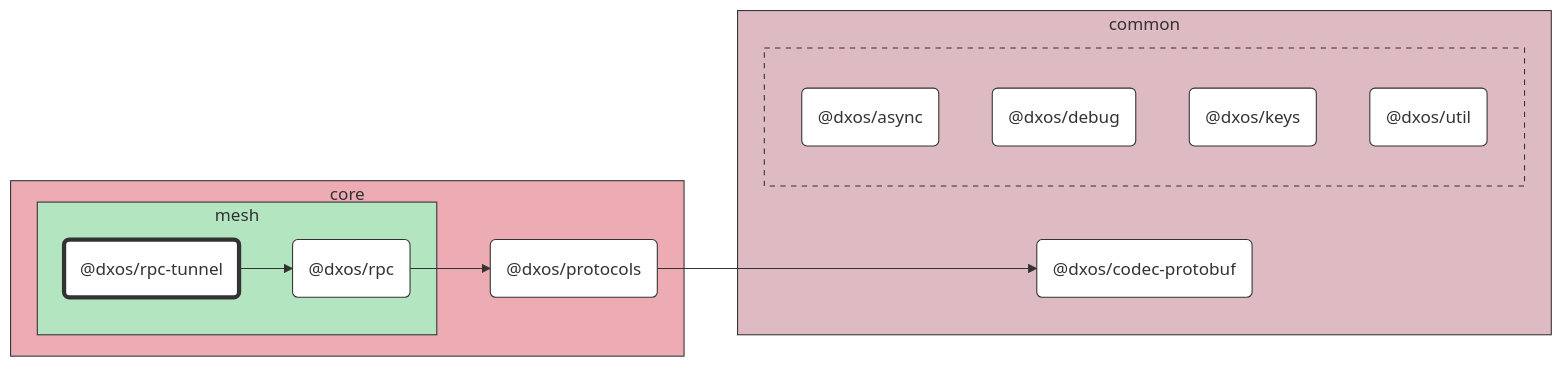
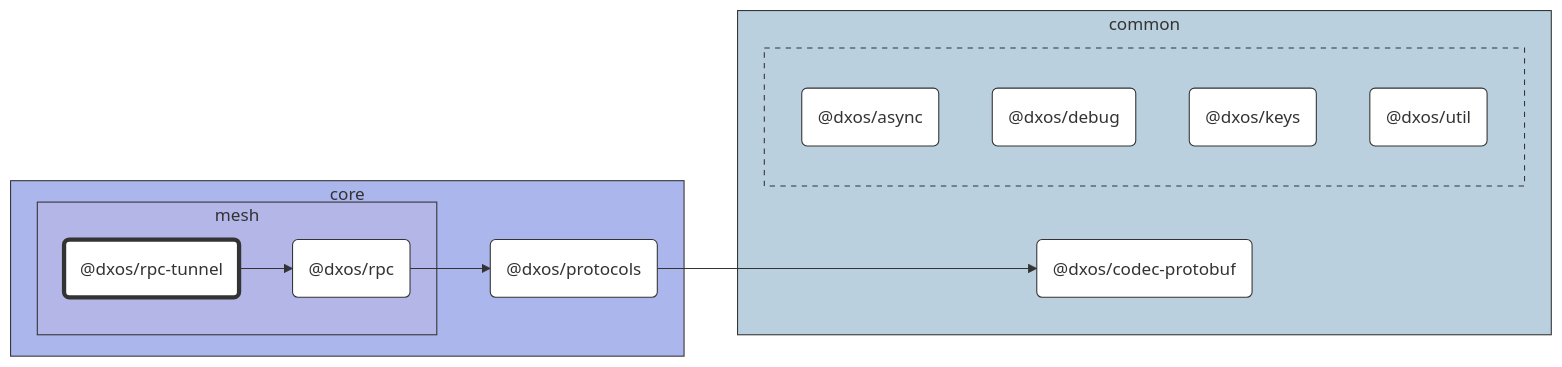
The diagram in packages/core/mesh/rpc-tunnel/docs/README.md (dxos/dxos), drawn with Mermaid before and after one commit. The commit also changed 86 other files, not shown here.

````diff
--- a/packages/core/mesh/rpc-tunnel/docs/README.md
+++ b/packages/core/mesh/rpc-tunnel/docs/README.md
@@ -7,49 +7,49 @@
 ```mermaid
 %%{ init: {'flowchart':{'curve':'basis'}} }%%
 
 flowchart LR
 
 %% Classes
 classDef def fill:#fff,stroke:#333,stroke-width:1px
 classDef root fill:#fff,stroke:#333,stroke-width:4px
 
 %% Nodes
 
 subgraph core [core]
-  style core fill:#edabb3,stroke:#333
+  style core fill:#abb6ed,stroke:#333
   dxos/protocols("@dxos/protocols"):::def
   click dxos/protocols "dxos/dxos/tree/main/packages/core/protocols/docs"
 
   subgraph mesh [mesh]
-    style mesh fill:#b3e6c0,stroke:#333
+    style mesh fill:#b3b6e6,stroke:#333
     dxos/rpc-tunnel("@dxos/rpc-tunnel"):::root
     click dxos/rpc-tunnel "dxos/dxos/tree/main/packages/core/mesh/rpc-tunnel/docs"
     dxos/rpc("@dxos/rpc"):::def
     click dxos/rpc "dxos/dxos/tree/main/packages/core/mesh/rpc/docs"
   end
 end
 
 subgraph common [common]
-  style common fill:#debac2,stroke:#333
+  style common fill:#bad0de,stroke:#333
   dxos/codec-protobuf("@dxos/codec-protobuf"):::def
   click dxos/codec-protobuf "dxos/dxos/tree/main/packages/common/codec-protobuf/docs"
 
   subgraph _ [ ]
-    style _ fill:#debac2,stroke:#333,stroke-dasharray:5 5
+    style _ fill:#bad0de,stroke:#333,stroke-dasharray:5 5
     dxos/async("@dxos/async"):::def
     click dxos/async "dxos/dxos/tree/main/packages/common/async/docs"
     dxos/debug("@dxos/debug"):::def
     click dxos/debug "dxos/dxos/tree/main/packages/common/debug/docs"
     dxos/keys("@dxos/keys"):::def
     click dxos/keys "dxos/dxos/tree/main/packages/common/keys/docs"
     dxos/util("@dxos/util"):::def
     click dxos/util "dxos/dxos/tree/main/packages/common/util/docs"
   end
 end
 
 %% Links
 linkStyle default stroke:#333,stroke-width:1px
 dxos/rpc-tunnel --> dxos/rpc
 dxos/rpc --> dxos/protocols
 dxos/protocols --> dxos/codec-protobuf
 ```
````
